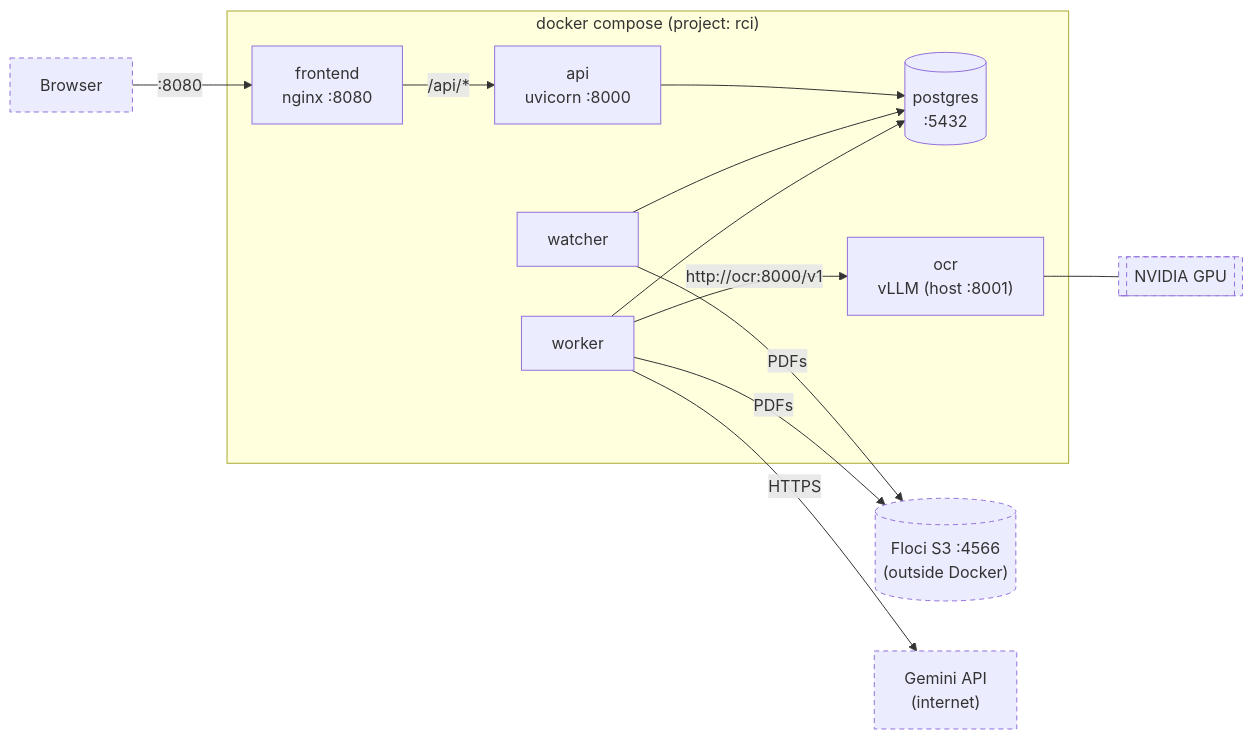
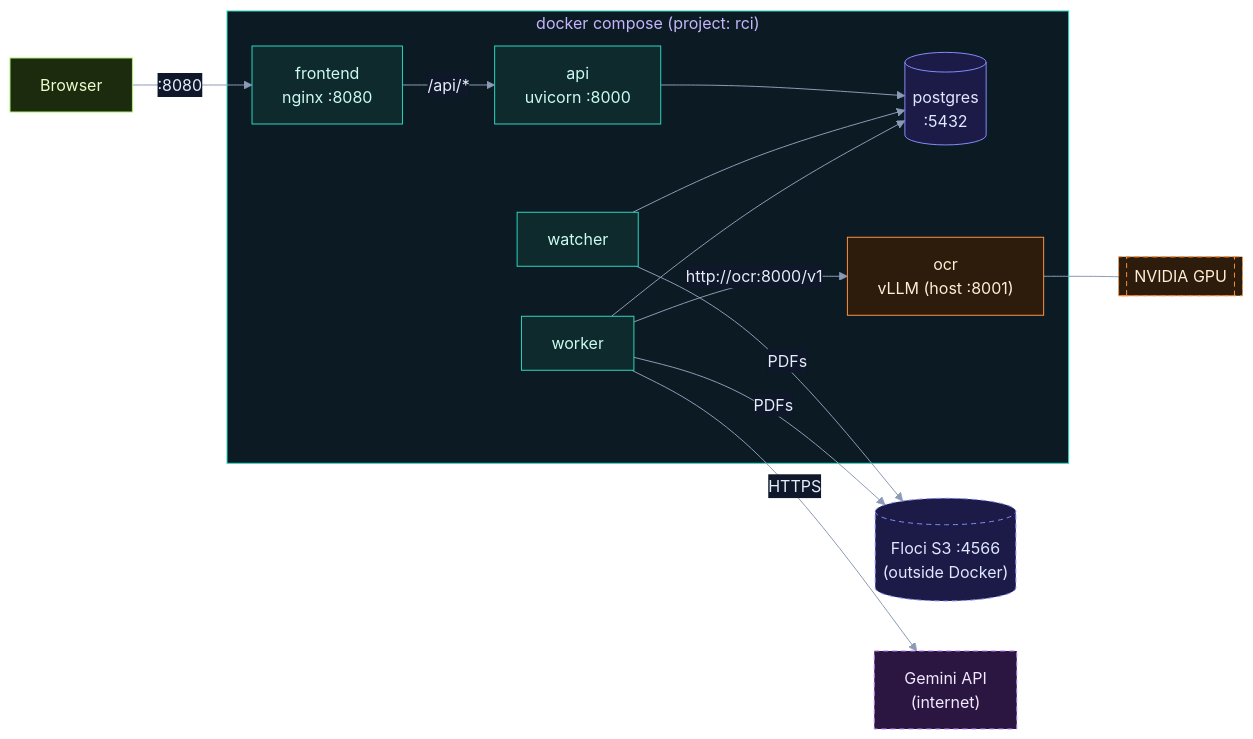
One commit to selvakumarperumal/Regulatory_Circular_Impact_Agent changed the second of 21 diagrams in how_it_works.md. Above: the diagram before and after it, drawn with Mermaid. The commit also changed other lines of this file and 1 other file, not shown here.

````diff
--- a/how_it_works.md
+++ b/how_it_works.md
@@ -95,20 +117,37 @@
 ```mermaid
+%%{init: {"theme": "base", "themeVariables": {"darkMode": true, "primaryColor": "#16213a", "primaryTextColor": "#e6edf7", "primaryBorderColor": "#475a7a", "lineColor": "#8b9bb4", "secondaryColor": "#1b2436", "tertiaryColor": "#101a2e", "edgeLabelBackground": "#0f172a", "textColor": "#e2e8f0", "clusterBkg": "#0f1728", "clusterBorder": "#2b3a55", "titleColor": "#c4b5fd", "nodeTextColor": "#e6edf7"}}}%%
 flowchart LR
     B["Browser"] -->|":8080"| FE
 
     subgraph compose["docker compose (project: rci)"]
         FE["frontend<br/>nginx :8080"] -->|"/api/*"| API["api<br/>uvicorn :8000"]
         API --> PG[("postgres<br/>:5432")]
         WA["watcher"] --> PG
         WK["worker"] --> PG
         WK -->|"http://ocr:8000/v1"| OC["ocr<br/>vLLM (host :8001)"]
     end
 
     WA -->|PDFs| FL[("Floci S3 :4566<br/>(outside Docker)")]
     WK -->|PDFs| FL
     WK -->|HTTPS| GEM["Gemini API<br/>(internet)"]
     OC --- GPU[["NVIDIA GPU"]]
 
+
+    classDef svc fill:#0e2a2c,stroke:#2dd4bf,color:#ccfbf1
+    classDef data fill:#1c1a47,stroke:#818cf8,color:#e0e7ff
+    classDef ext fill:#2a1640,stroke:#c084fc,color:#f3e8ff
+    classDef gpu fill:#2d1b0c,stroke:#fb923c,color:#ffedd5
+    classDef ask fill:#2a2410,stroke:#fbbf24,color:#fef3c7
+    classDef ok fill:#0b2a1c,stroke:#34d399,color:#d1fae5
+    classDef bad fill:#2e0f17,stroke:#fb7185,color:#ffe4e6
+    classDef start fill:#1c2a0e,stroke:#a7ef6f,color:#ecfccb
+    classDef muted fill:#1a2130,stroke:#64748b,color:#cbd5e1
+    class FE,API,WA,WK svc
+    class PG,FL data
+    class GEM ext
+    class OC,GPU gpu
+    class B start
     classDef external stroke-dasharray: 5 4
-    class FL,GEM,GPU,B external
+    class FL,GEM,GPU external
+    style compose fill:#0c1a24,stroke:#2dd4bf
 ```
````
